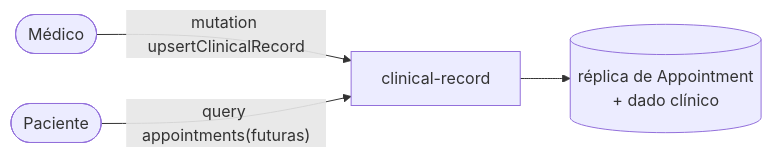
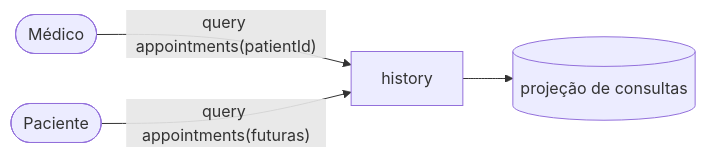
Before and after one commit to Team-2-FIAP-12ADJT/hospital-management: the eighth of 8 diagrams in docs/system-design.md, drawn with Mermaid. The commit also changed other lines of this file and 21 other files, not shown here.

First line of the commit message:
Refactor system architecture and documentation

````diff
--- a/docs/system-design.md
+++ b/docs/system-design.md
@@ -378,6 +681,6 @@
 ```mermaid
 flowchart LR
-    med([Médico]) -->|"mutation upsertClinicalRecord"| cr[clinical-record]
-    pac([Paciente]) -->|"query appointments(futuras)"| cr
-    cr --> repl[("réplica de Appointment<br/>+ dado clínico")]
+    med([Médico]) -->|"query appointments(patientId)"| hi[history]
+    pac([Paciente]) -->|"query appointments(futuras)"| hi
+    hi --> proj[("projeção de consultas")]
 ```
````
